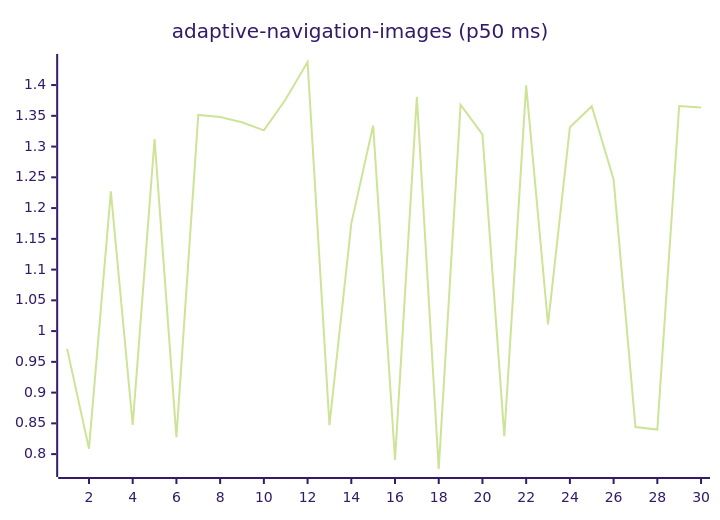
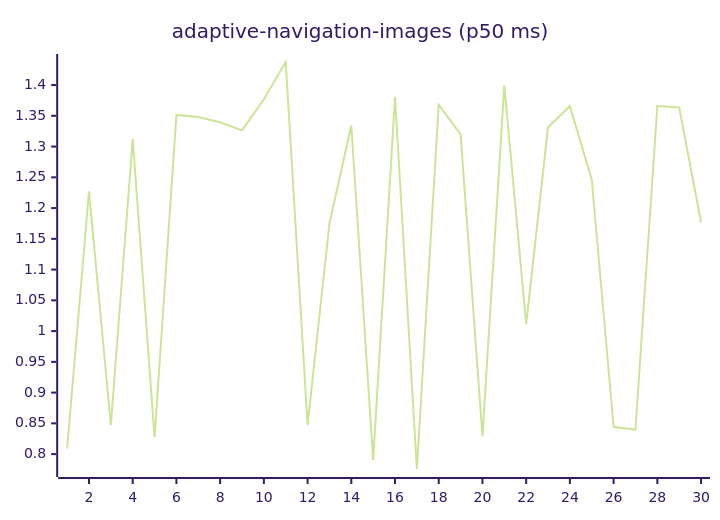
One commit to josha/Facet changed the first of 27 diagrams in README.md. Above: the diagram before and after it, drawn with Mermaid (forest theme). The commit also changed other lines of this file and 2 other files, not shown here.

````diff
--- a/README.md
+++ b/README.md
@@ -63,6 +63,6 @@
 ```mermaid
 xychart-beta
     title "adaptive-navigation-images (p50 ms)"
     x-axis 1 --> 30
-    line [0.9711, 0.8088, 1.2271, 0.8473, 1.3121, 0.8274, 1.3515, 1.3479, 1.3395, 1.3263, 1.3769, 1.4375, 0.8471, 1.1748, 1.3343, 0.7905, 1.3810, 0.7758, 1.3680, 1.3197, 0.8291, 1.3996, 1.0110, 1.3313, 1.3656, 1.2466, 0.8441, 0.8400, 1.3659, 1.3636]
+    line [0.8088, 1.2271, 0.8473, 1.3121, 0.8274, 1.3515, 1.3479, 1.3395, 1.3263, 1.3769, 1.4375, 0.8471, 1.1748, 1.3343, 0.7905, 1.3810, 0.7758, 1.3680, 1.3197, 0.8291, 1.3996, 1.0110, 1.3313, 1.3656, 1.2466, 0.8441, 0.8400, 1.3659, 1.3636, 1.1770]
 ```
````
